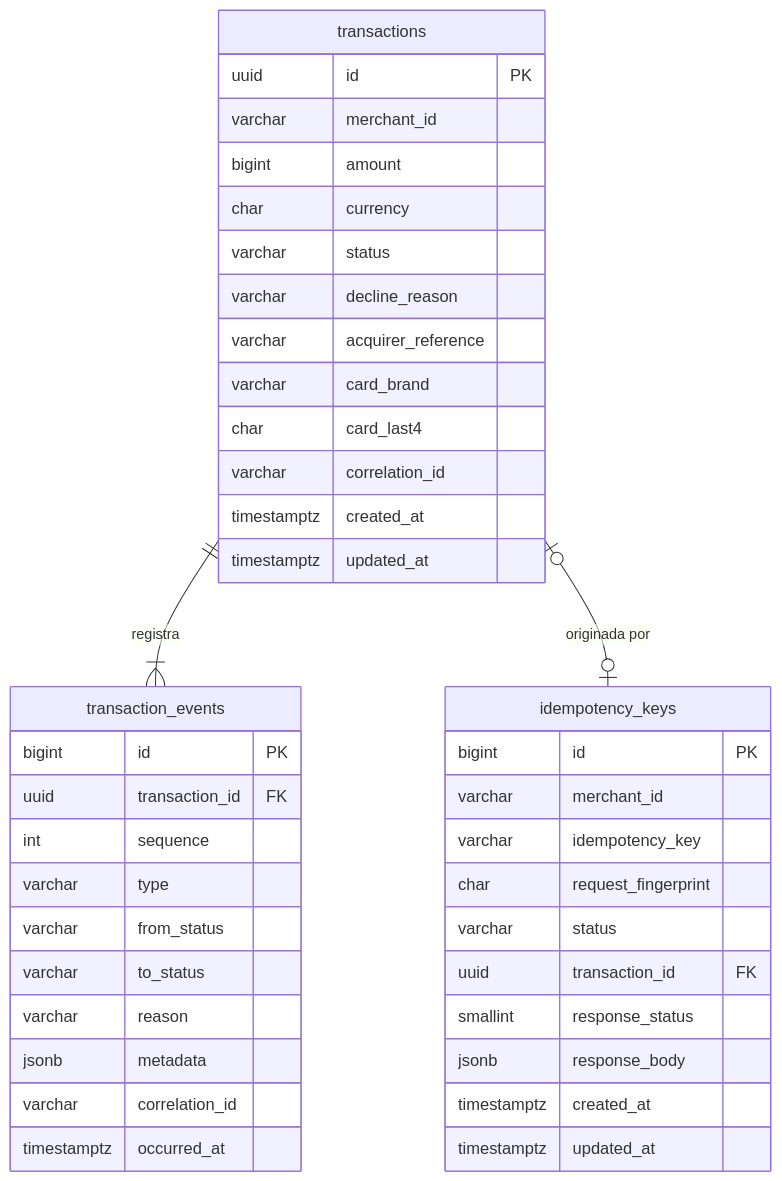
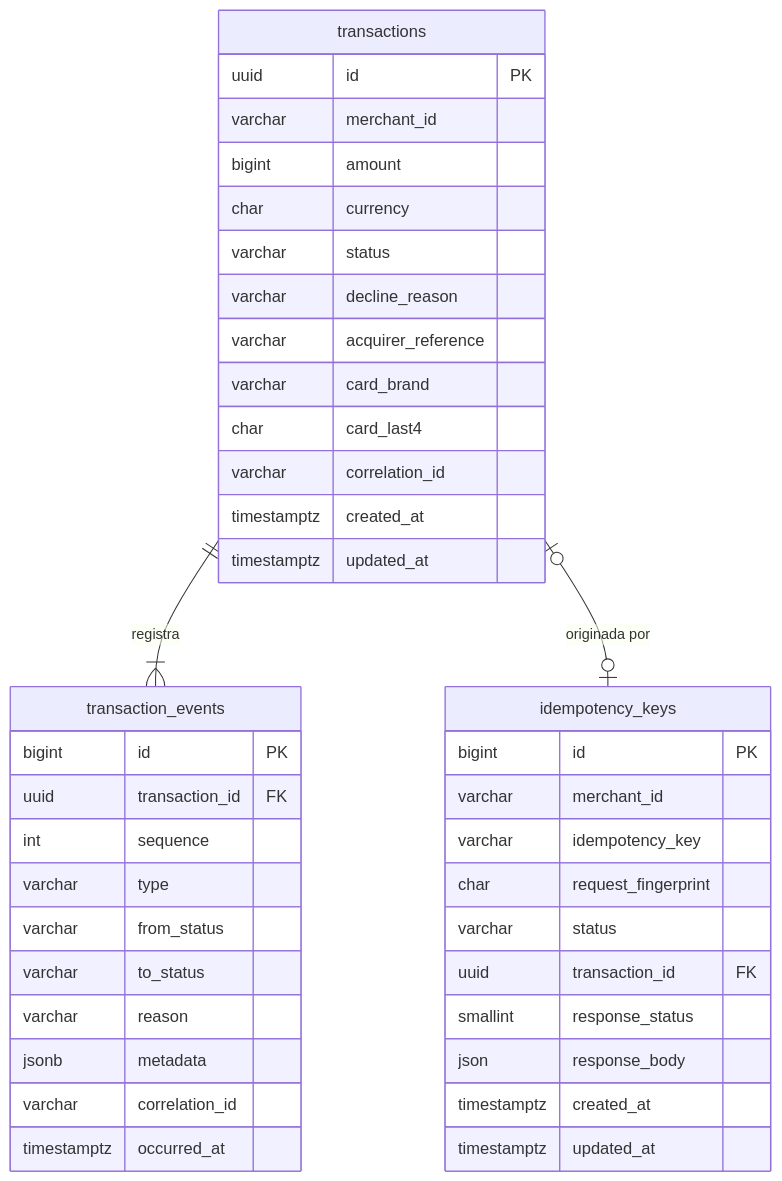
One commit to Guillermo-Octavio/desafio-retail-laravel-angular-postgresql changed the fifth of 6 diagrams in docs/03-domain-model.md. Above: the diagram before and after it, drawn with Mermaid. The commit also changed other lines of this file and 5 other files, not shown here.

````diff
--- a/docs/03-domain-model.md
+++ b/docs/03-domain-model.md
@@ -269,44 +269,44 @@
 ```mermaid
 erDiagram
     transactions ||--|{ transaction_events : "registra"
     transactions |o--o| idempotency_keys : "originada por"
 
     transactions {
         uuid id PK
         varchar merchant_id
         bigint amount
         char currency
         varchar status
         varchar decline_reason
         varchar acquirer_reference
         varchar card_brand
         char card_last4
         varchar correlation_id
         timestamptz created_at
         timestamptz updated_at
     }
     transaction_events {
         bigint id PK
         uuid transaction_id FK
         int sequence
         varchar type
         varchar from_status
         varchar to_status
         varchar reason
         jsonb metadata
         varchar correlation_id
         timestamptz occurred_at
     }
     idempotency_keys {
         bigint id PK
         varchar merchant_id
         varchar idempotency_key
         char request_fingerprint
         varchar status
         uuid transaction_id FK
         smallint response_status
-        jsonb response_body
+        json response_body
         timestamptz created_at
         timestamptz updated_at
     }
 ```
````
